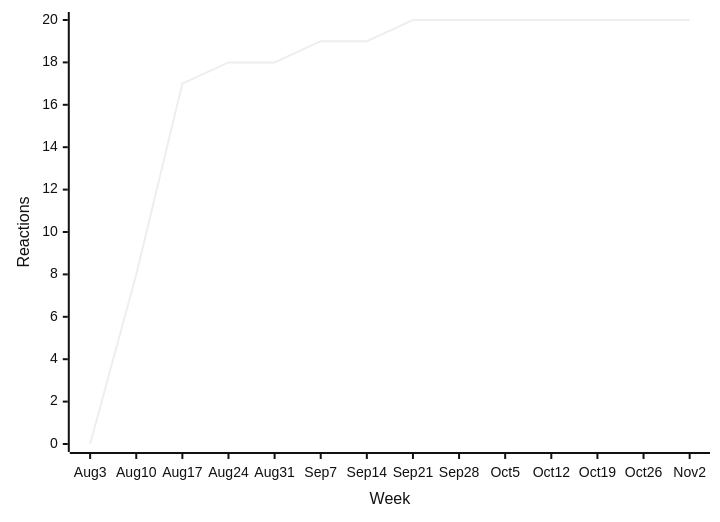
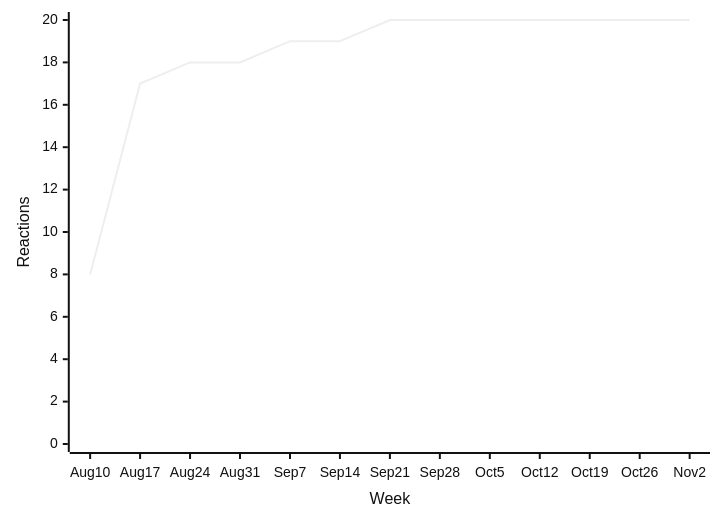
The seventh of 40 diagrams in README.md (loic-sharma/github-insights), drawn with Mermaid (neutral theme) before and after one commit. The commit also changed other lines of this file and 3 other files, not shown here.

````diff
--- a/README.md
+++ b/README.md
@@ -426,6 +426,6 @@
   ```mermaid
   xychart-beta
-    x-axis "Week" [Aug 3, Aug 10, Aug 17, Aug 24, Aug 31, Sep 7, Sep 14, Sep 21, Sep 28, Oct 5, Oct 12, Oct 19, Oct 26, Nov 2]
+    x-axis "Week" [Aug 10, Aug 17, Aug 24, Aug 31, Sep 7, Sep 14, Sep 21, Sep 28, Oct 5, Oct 12, Oct 19, Oct 26, Nov 2]
     y-axis "Reactions" 0 --> 20
-    line [0, 8, 17, 18, 18, 19, 19, 20, 20, 20, 20, 20, 20, 20]
+    line [8, 17, 18, 18, 19, 19, 20, 20, 20, 20, 20, 20, 20]
   ```
````
